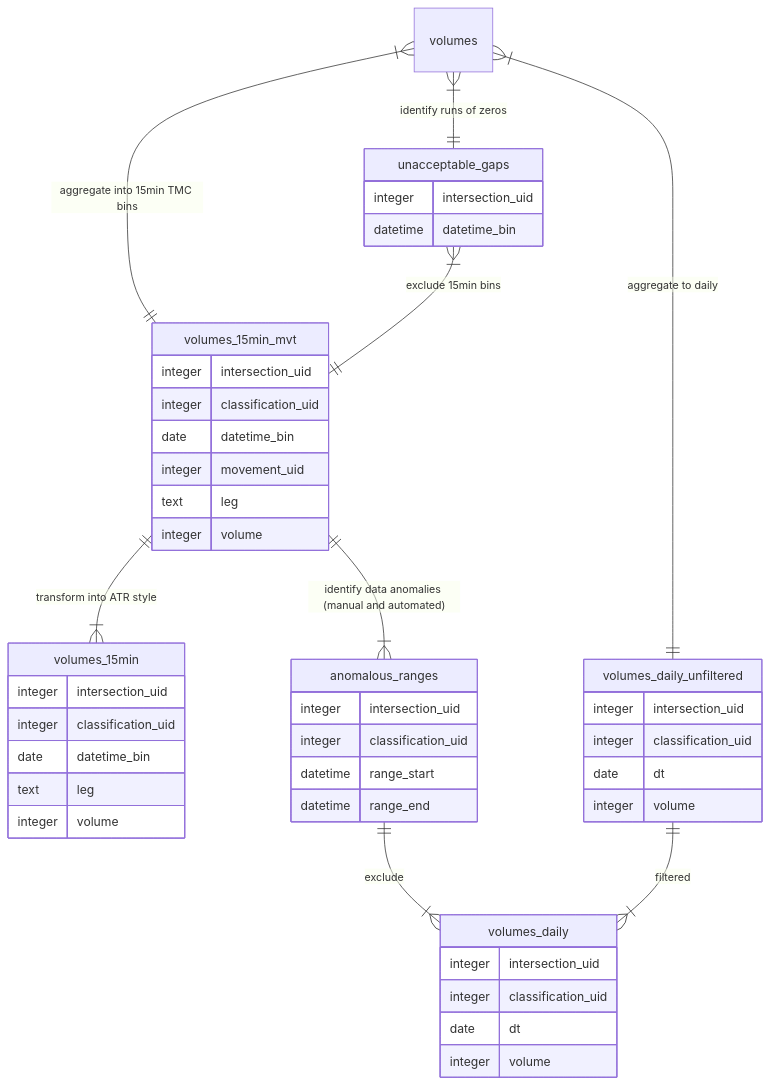
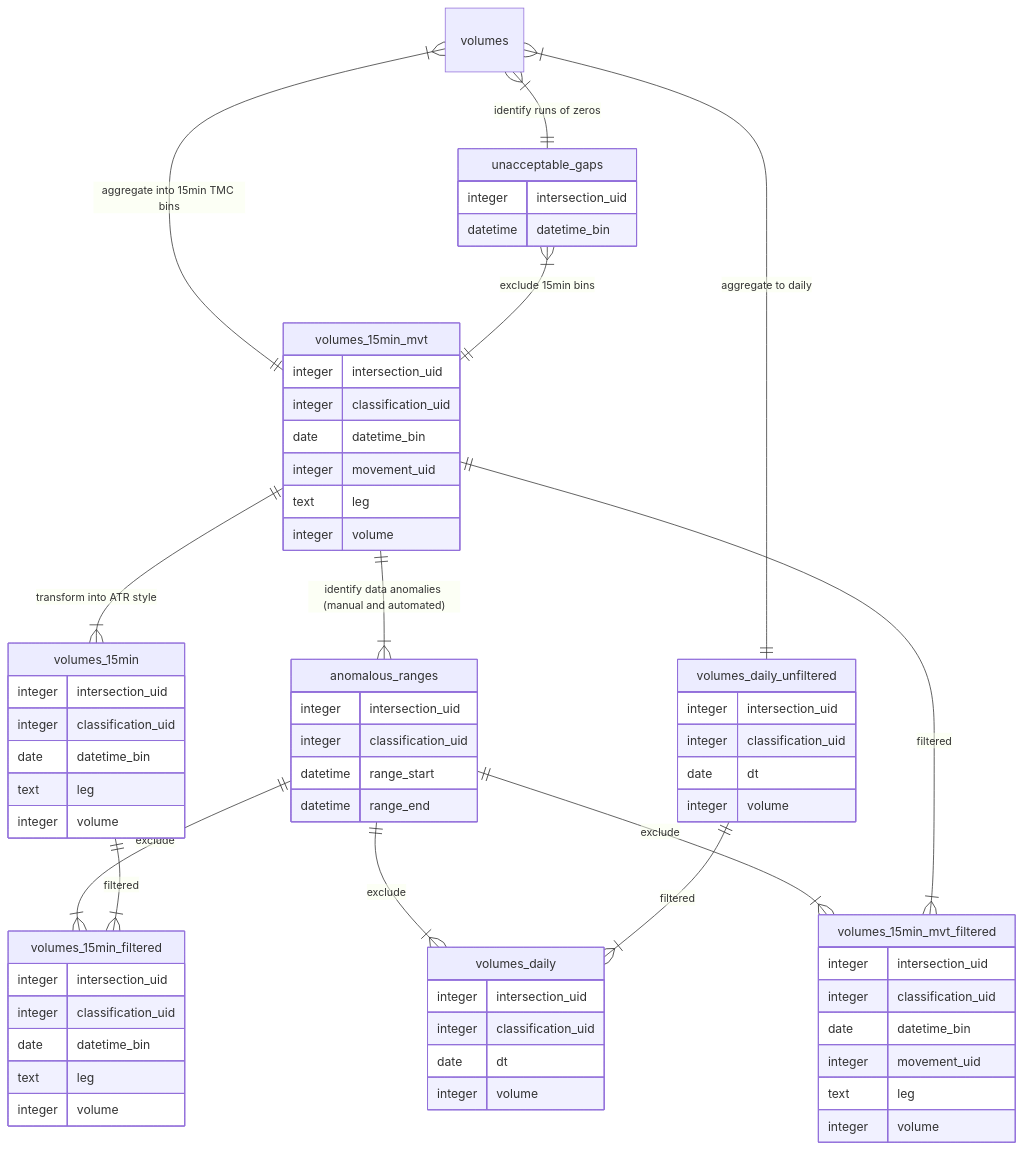
The diagram in volumes/miovision/sql/readme.md (CityofToronto/bdit_data-sources), drawn with Mermaid before and after one commit. The commit also changed 1 other file, not shown here.

Commit message:
#982 update readmes

````diff
--- a/volumes/miovision/sql/readme.md
+++ b/volumes/miovision/sql/readme.md
@@ -165,49 +165,68 @@
 ```mermaid
   erDiagram
   volumes }|--|| volumes_15min_mvt : "aggregate into 15min TMC bins"
   volumes 
   volumes_15min_mvt ||--|{ volumes_15min : "transform into ATR style"
   volumes_15min_mvt {
         integer intersection_uid
         integer classification_uid
         date datetime_bin
         integer movement_uid
         text leg
         integer volume
   }
   volumes }|--|| volumes_daily_unfiltered : "aggregate to daily"
   volumes }|--|| unacceptable_gaps : "identify runs of zeros"
   unacceptable_gaps }|--|| volumes_15min_mvt : "exclude 15min bins"
   unacceptable_gaps {
     integer intersection_uid
     datetime datetime_bin
   }
   volumes_15min_mvt ||--|{ anomalous_ranges : "identify data anomalies (manual and automated)"
   anomalous_ranges ||--|{ volumes_daily : "exclude"
+  anomalous_ranges ||--|{ volumes_15min_filtered : "exclude"
+  anomalous_ranges ||--|{ volumes_15min_mvt_filtered : "exclude"
   anomalous_ranges {
         integer intersection_uid
         integer classification_uid
         datetime range_start
         datetime range_end
     }
   volumes_daily_unfiltered ||--|{ volumes_daily : "filtered"
+  volumes_15min ||--|{ volumes_15min_filtered : "filtered"
+  volumes_15min_mvt ||--|{ volumes_15min_mvt_filtered : "filtered"
   volumes_daily_unfiltered {
         integer intersection_uid
         integer classification_uid
         date dt
         integer volume
     }
   volumes_daily {
         integer intersection_uid
         integer classification_uid
         date dt
         integer volume
     }
   volumes_15min {
         integer intersection_uid
         integer classification_uid
         date datetime_bin
         text leg
         integer volume
   }
+  volumes_15min_filtered {
+        integer intersection_uid
+        integer classification_uid
+        date datetime_bin
+        text leg
+        integer volume
+  }
+  volumes_15min_mvt_filtered {
+        integer intersection_uid
+        integer classification_uid
+        date datetime_bin
+        integer movement_uid
+        text leg
+        integer volume
+  }
 ```
````
